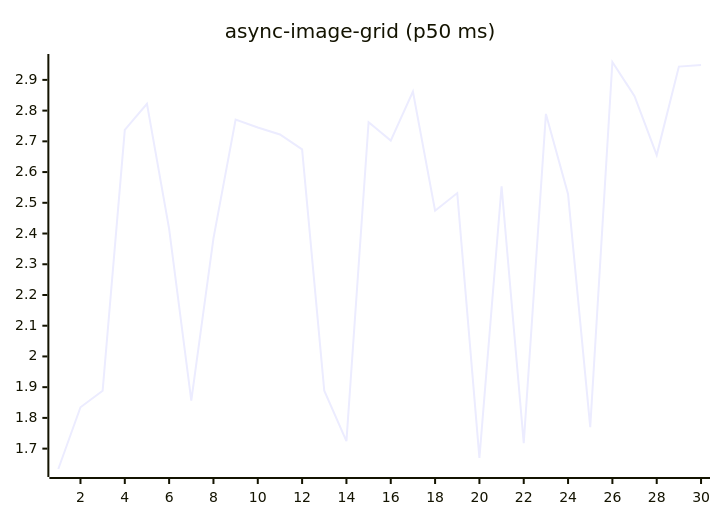
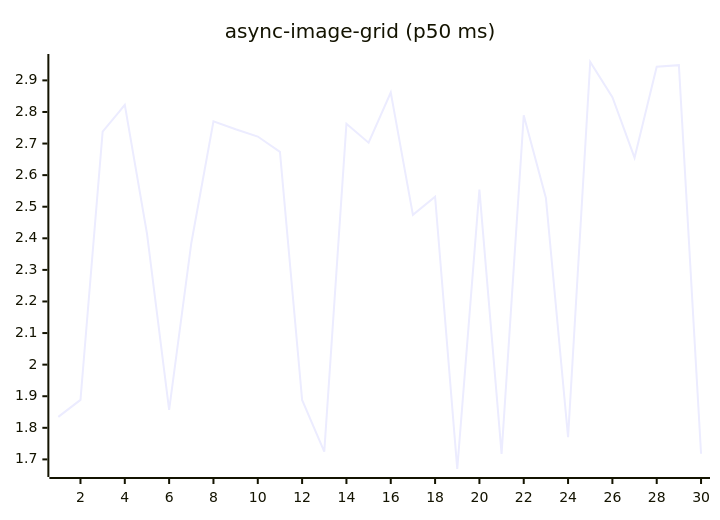
One commit to josha/Facet changed the fifth of 27 diagrams in README.md. Above: the diagram before and after it, drawn with Mermaid. The commit also changed other lines of this file and 2 other files, not shown here.

````diff
--- a/README.md
+++ b/README.md
@@ -91,6 +91,6 @@
 ```mermaid
 xychart-beta
     title "async-image-grid (p50 ms)"
     x-axis 1 --> 30
-    line [1.6337, 1.8346, 1.8885, 2.7375, 2.8223, 2.4153, 1.8565, 2.3845, 2.7705, 2.7451, 2.7222, 2.6737, 1.8884, 1.7244, 2.7624, 2.7026, 2.8617, 2.4742, 2.5316, 1.6696, 2.5539, 1.7175, 2.7892, 2.5277, 1.7701, 2.9582, 2.8471, 2.6552, 2.9433, 2.9481]
+    line [1.8346, 1.8885, 2.7375, 2.8223, 2.4153, 1.8565, 2.3845, 2.7705, 2.7451, 2.7222, 2.6737, 1.8884, 1.7244, 2.7624, 2.7026, 2.8617, 2.4742, 2.5316, 1.6696, 2.5539, 1.7175, 2.7892, 2.5277, 1.7701, 2.9582, 2.8471, 2.6552, 2.9433, 2.9481, 1.7177]
 ```
````
